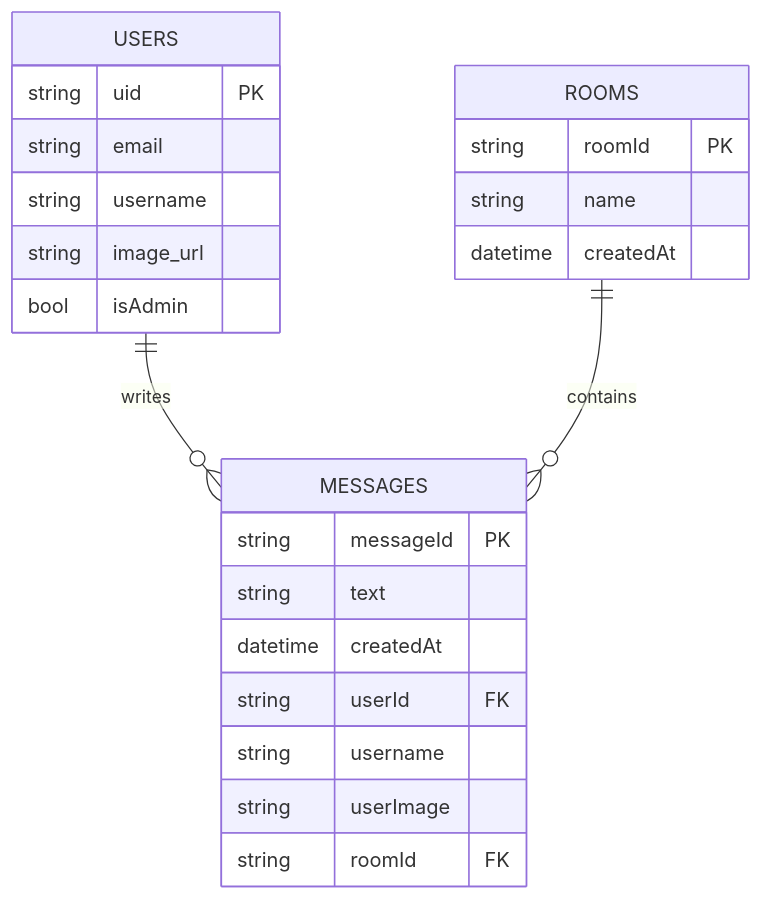
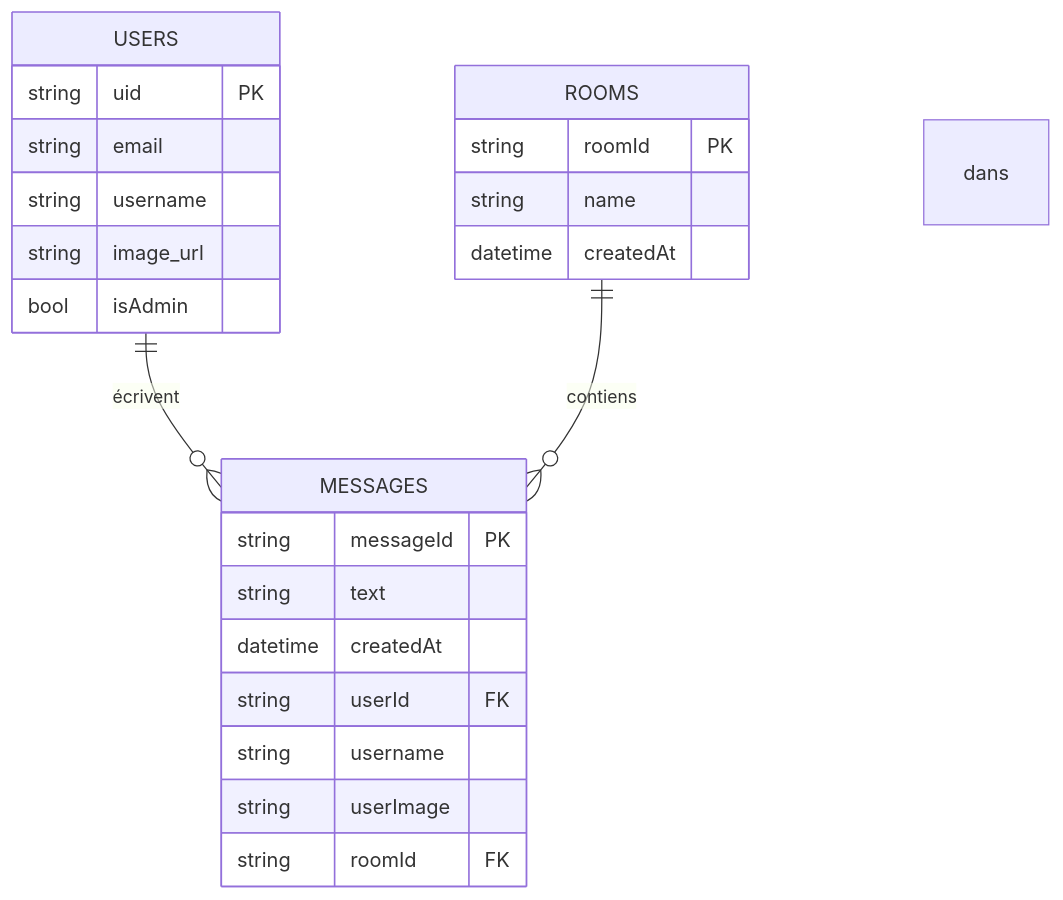
Before and after one commit to ossydreos/classroom: the diagram in README.md, drawn with Mermaid.

````diff
--- a/README.md
+++ b/README.md
@@ -55,29 +55,29 @@
 ```mermaid
 erDiagram
   USERS {
     string uid PK
     string email
     string username
     string image_url
     bool   isAdmin
   }
 
   ROOMS {
     string roomId PK
     string name
     datetime createdAt
   }
 
   MESSAGES {
     string messageId PK
     string text
     datetime createdAt
     string userId FK
     string username
     string userImage
     string roomId FK
   }
 
-  USERS  ||--o{ MESSAGES : writes
-  ROOMS  ||--o{ MESSAGES : contains
+  USERS  ||--o{ MESSAGES : écrivent dans
+  ROOMS  ||--o{ MESSAGES : contiens
 ```
````
